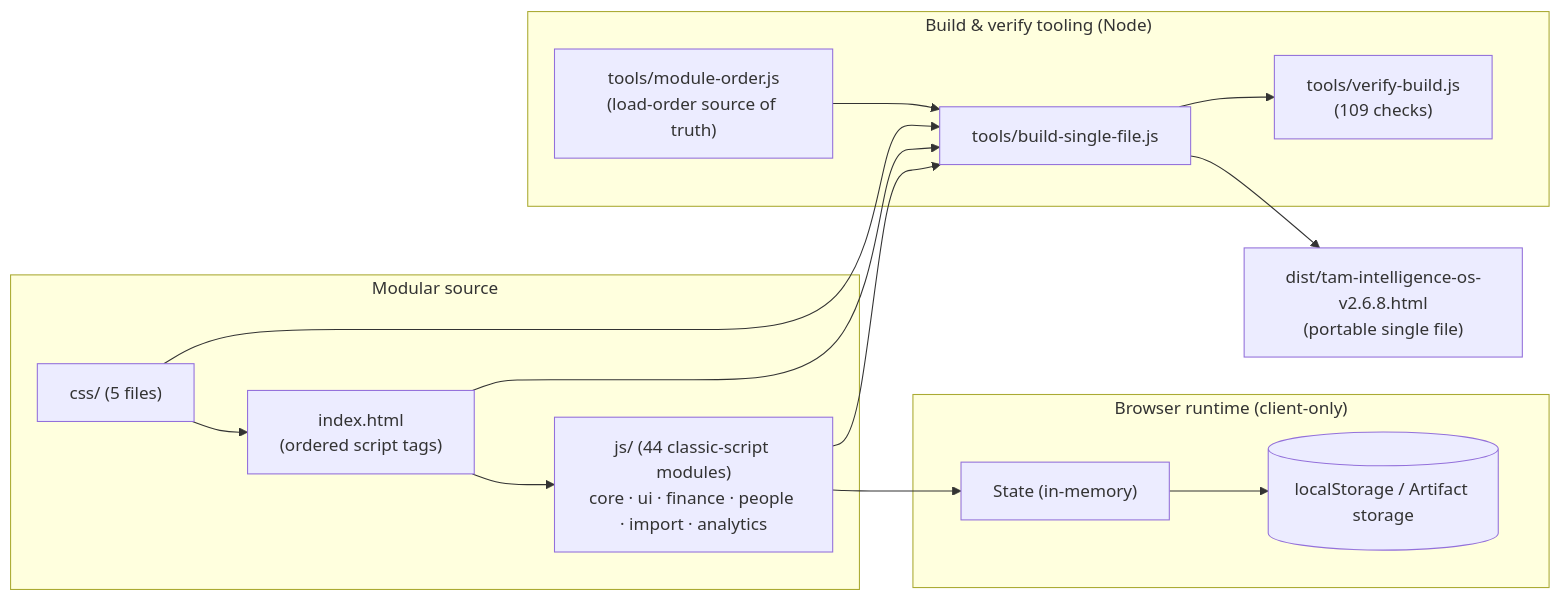
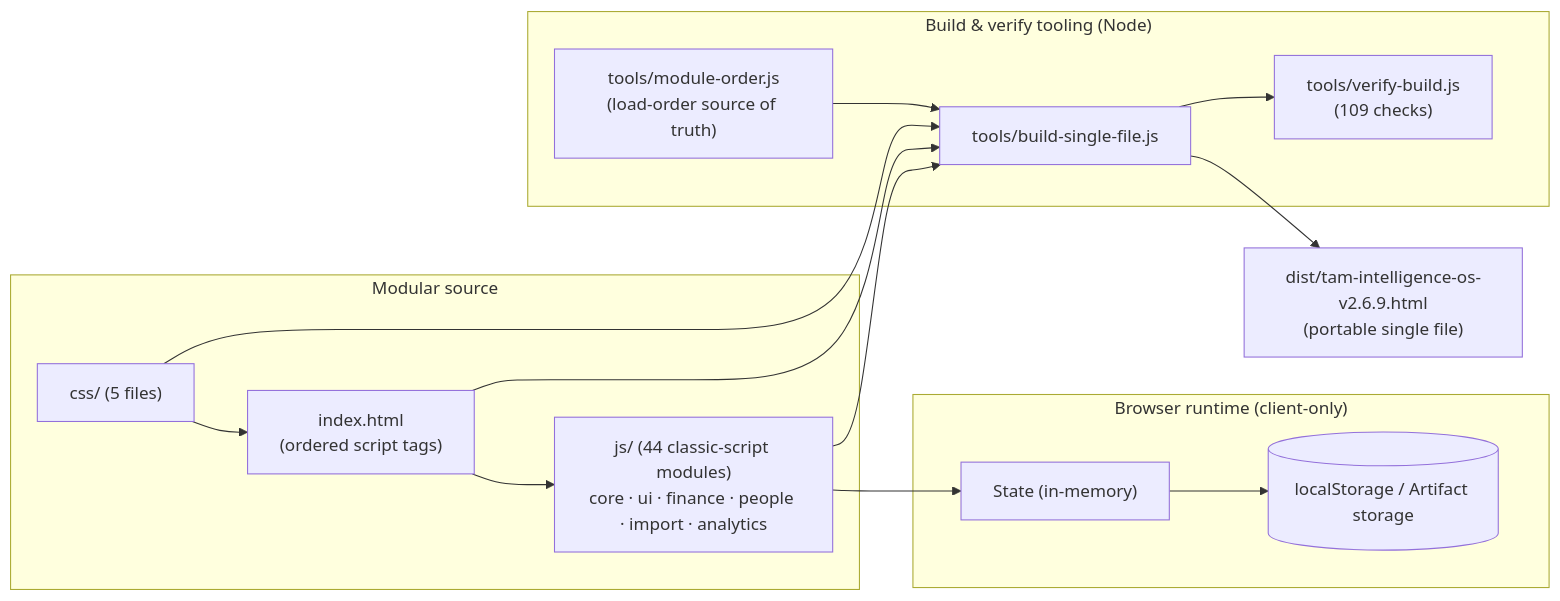
Before and after one commit to fanoryu/TAM-Intelligence-OS: the first of 2 diagrams in README.md, drawn with Mermaid. The commit also changed other lines of this file and 20 other files, not shown here.

````diff
--- a/README.md
+++ b/README.md
@@ -128,27 +133,27 @@
 ```mermaid
 flowchart LR
   subgraph Source["Modular source"]
     IDX["index.html<br/>(ordered script tags)"]
     CSS["css/ (5 files)"]
     JS["js/ (44 classic-script modules)<br/>core · ui · finance · people · import · analytics"]
   end
   subgraph Runtime["Browser runtime (client-only)"]
     STATE["State (in-memory)"]
     LS[("localStorage / Artifact storage")]
   end
   subgraph Build["Build & verify tooling (Node)"]
     ORDER["tools/module-order.js<br/>(load-order source of truth)"]
     BUILD["tools/build-single-file.js"]
     VERIFY["tools/verify-build.js<br/>(109 checks)"]
   end
-  DIST["dist/tam-intelligence-os-v2.6.8.html<br/>(portable single file)"]
+  DIST["dist/tam-intelligence-os-v2.6.9.html<br/>(portable single file)"]
 
   IDX --> JS --> STATE --> LS
   CSS --> IDX
   ORDER --> BUILD
   IDX --> BUILD
   CSS --> BUILD
   JS --> BUILD
   BUILD --> DIST
   BUILD --> VERIFY
 ```
````
